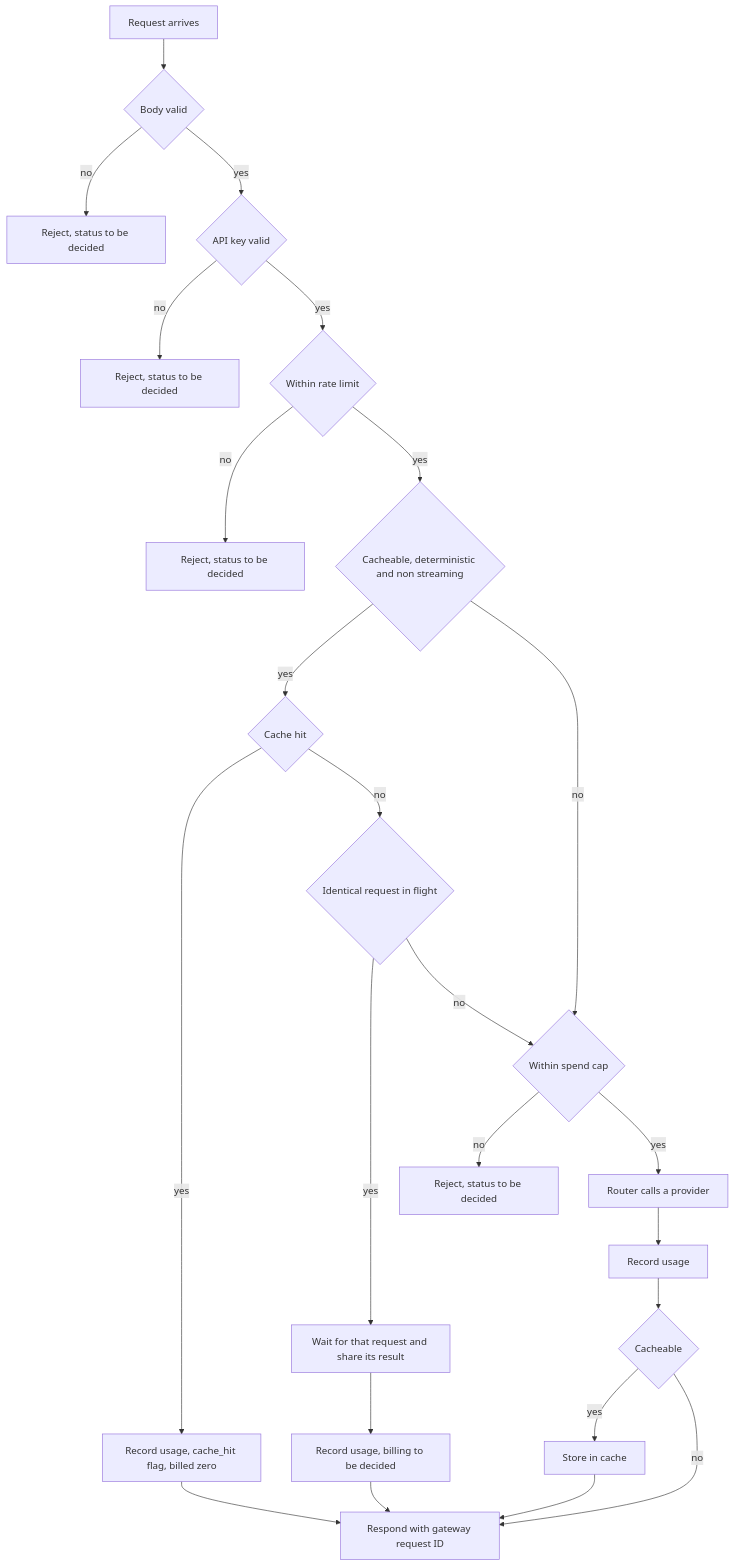
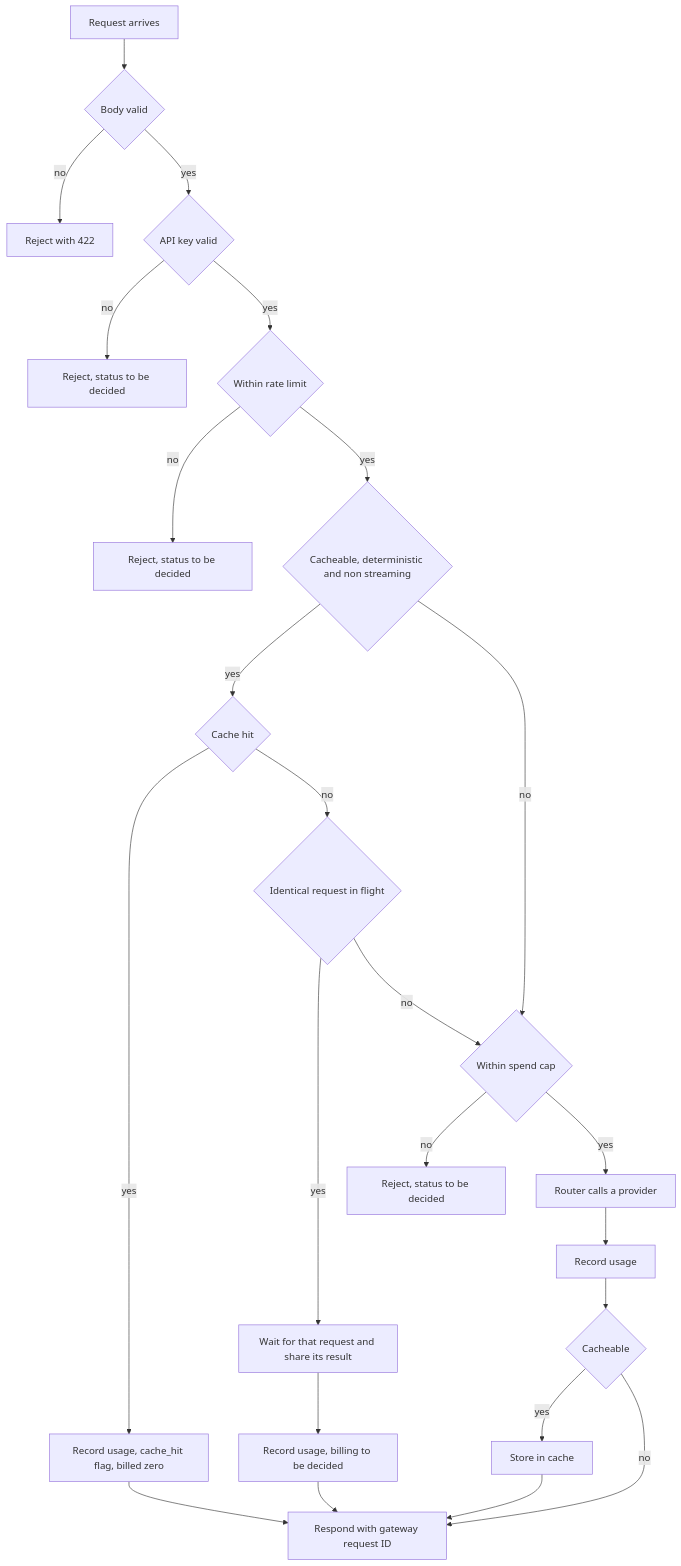
One commit to Jasmeet-011/LLMGateway changed the second of 5 diagrams in FLOW.md. Above: the diagram before and after it, drawn with Mermaid. The commit also changed other lines of this file, not shown here.

First line of the commit message:
FLOW.md: mark FastAPI endpoint and response IDs Built

````diff
--- a/FLOW.md
+++ b/FLOW.md
@@ -61,26 +61,26 @@
 ```mermaid
 flowchart TD
     A[Request arrives] --> B{Body valid}
-    B -->|no| R1[Reject, status to be decided]
+    B -->|no| R1[Reject with 422]
     B -->|yes| C{API key valid}
     C -->|no| R2[Reject, status to be decided]
     C -->|yes| D{Within rate limit}
     D -->|no| R3[Reject, status to be decided]
     D -->|yes| K{Cacheable, deterministic and non streaming}
     K -->|yes| E{Cache hit}
     E -->|yes| H[Record usage, cache_hit flag, billed zero]
     E -->|no| F{Identical request in flight}
     F -->|yes| W[Wait for that request and share its result]
     W --> WU[Record usage, billing to be decided]
     F -->|no| G{Within spend cap}
     K -->|no| G
     G -->|no| R4[Reject, status to be decided]
     G -->|yes| RT[Router calls a provider]
     RT --> U[Record usage]
     U --> S{Cacheable}
     S -->|yes| SC[Store in cache]
     S -->|no| OUT[Respond with gateway request ID]
     SC --> OUT
     H --> OUT
     WU --> OUT
 ```
````
